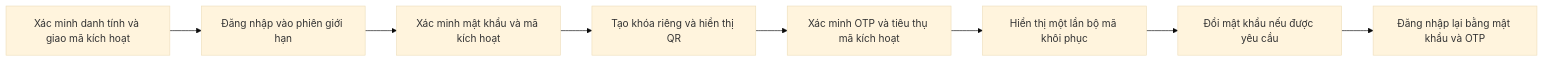
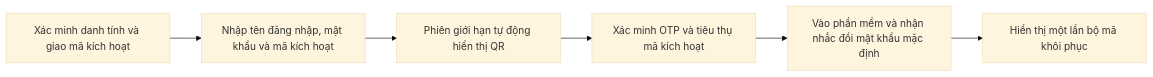
One commit to PhamVanTuRN/QLCD changed the diagram in docs/TWO_FACTOR_AUTHENTICATION.md. Above: the diagram before and after it, drawn with Mermaid (base theme). The commit also changed other lines of this file and 89 other files, not shown here.

````diff
--- a/docs/TWO_FACTOR_AUTHENTICATION.md
+++ b/docs/TWO_FACTOR_AUTHENTICATION.md
@@ -5,10 +5,8 @@
 ```mermaid
 flowchart LR
-    A[Xác minh danh tính và giao mã kích hoạt] --> B[Đăng nhập vào phiên giới hạn]
-    B --> C[Xác minh mật khẩu và mã kích hoạt]
-    C --> D[Tạo khóa riêng và hiển thị QR]
+    A[Xác minh danh tính và giao mã kích hoạt] --> B[Nhập tên đăng nhập, mật khẩu và mã kích hoạt]
+    B --> D[Phiên giới hạn tự động hiển thị QR]
     D --> E[Xác minh OTP và tiêu thụ mã kích hoạt]
-    E --> F[Hiển thị một lần bộ mã khôi phục]
-    F --> G[Đổi mật khẩu nếu được yêu cầu]
-    G --> H[Đăng nhập lại bằng mật khẩu và OTP]
+    E --> G[Vào phần mềm và nhận nhắc đổi mật khẩu mặc định]
+    G --> F[Hiển thị một lần bộ mã khôi phục]
 ```
````
